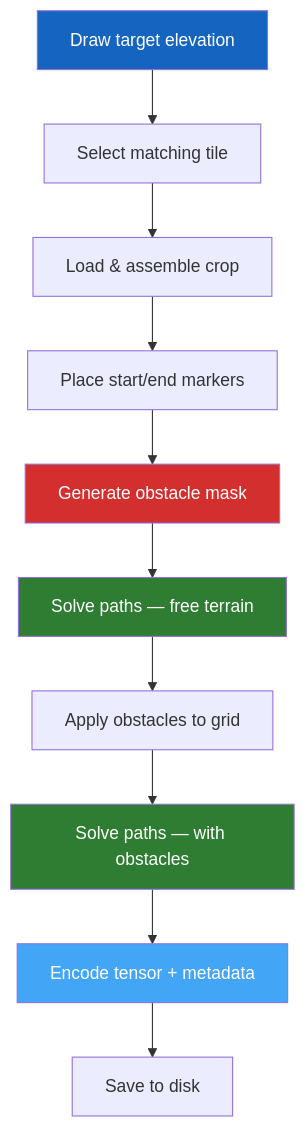
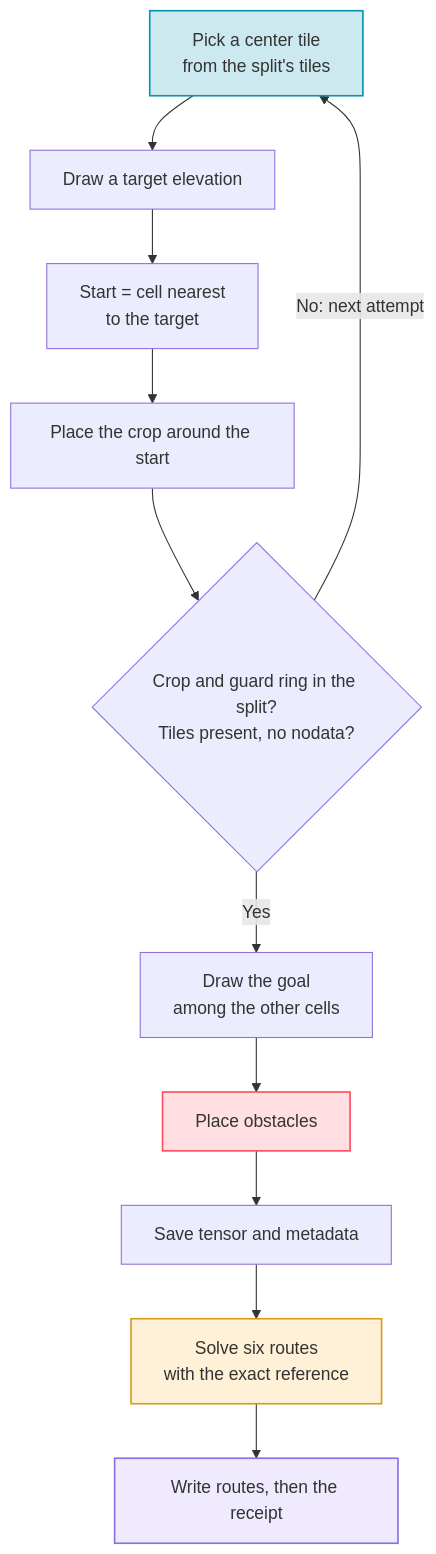
The diagram in docs/guide/generate.md (ThalesGroup/passage), drawn with Mermaid before and after one commit. The commit also changed other lines of this file and 597 other files, not shown here.

````diff
--- a/docs/guide/generate.md
+++ b/docs/guide/generate.md
@@ -60,18 +77,18 @@
 ```mermaid
 flowchart TD
-    A[Draw target elevation] --> B[Select matching tile]
-    B --> C[Load & assemble crop]
-    C --> D[Place start/end markers]
-    D --> E[Generate obstacle mask]
-    E --> F[Solve paths — free terrain]
-    F --> G[Apply obstacles to grid]
-    G --> H[Solve paths — with obstacles]
-    H --> I[Encode tensor + metadata]
-    I --> J[Save to disk]
+    A[Pick a center tile<br>from the split's tiles] --> B[Draw a target elevation]
+    B --> C[Start = cell nearest<br>to the target]
+    C --> D[Place the crop around the start]
+    D --> E{Crop and guard ring in the split?<br>Tiles present, no nodata?}
+    E -->|No: next attempt| A
+    E -->|Yes| F[Draw the goal<br>among the other cells]
+    F --> G[Place obstacles]
+    G --> H[Save tensor and metadata]
+    H --> I[Solve six routes<br>with the exact reference]
+    I --> J[Write routes, then the receipt]
 
-    style A fill:#1565C0,color:#fff
-    style E fill:#D32F2F,color:#fff
-    style F fill:#2E7D32,color:#fff
-    style H fill:#2E7D32,color:#fff
-    style I fill:#42A5F5,color:#fff
+    style A fill:#0891b233,stroke:#0891b2,stroke-width:1.5px
+    style G fill:#ff4d5e2e,stroke:#ff4d5e,stroke-width:1.5px
+    style I fill:#ffb93833,stroke:#d99a1b,stroke-width:1.5px
+    style J fill:#a78bfa2e,stroke:#8b6fe0,stroke-width:1.5px
 ```
````
